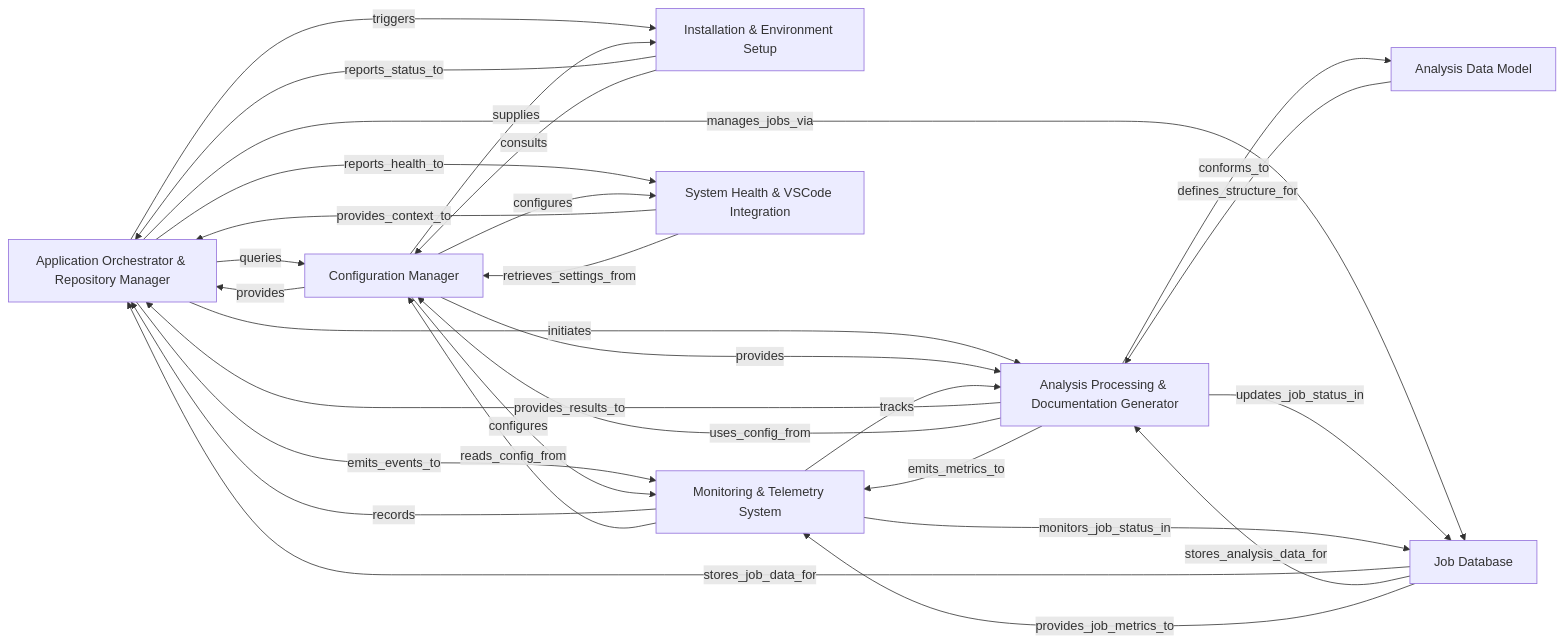
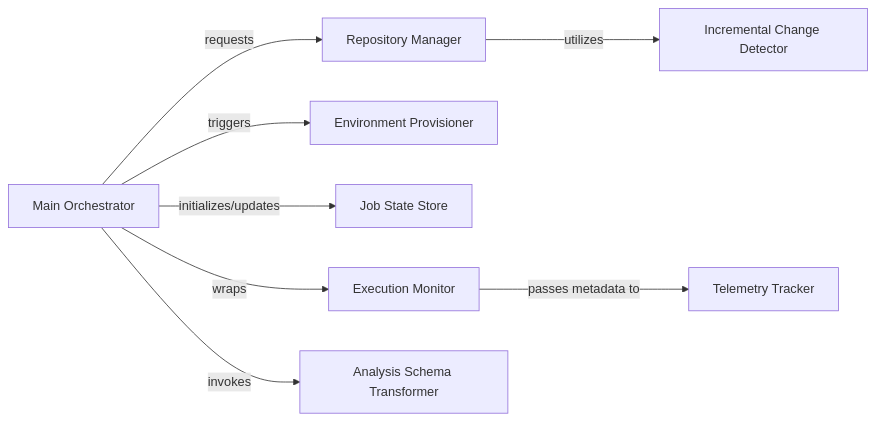
Before and after one commit to CodeBoarding/CodeBoarding: the diagram in .codeboarding/Application_Orchestrator_Repository_Manager.md, drawn with Mermaid. The commit also changed other lines of this file and 6 other files, not shown here.

````diff
--- a/.codeboarding/Application_Orchestrator_Repository_Manager.md
+++ b/.codeboarding/Application_Orchestrator_Repository_Manager.md
@@ -1,39 +1,18 @@
 ```mermaid
 graph LR
-    Application_Orchestrator_Repository_Manager["Application Orchestrator & Repository Manager"]
-    Configuration_Manager["Configuration Manager"]
-    Installation_Environment_Setup["Installation & Environment Setup"]
-    Monitoring_Telemetry_System["Monitoring & Telemetry System"]
-    Analysis_Data_Model["Analysis Data Model"]
-    Analysis_Processing_Documentation_Generator["Analysis Processing & Documentation Generator"]
-    Job_Database["Job Database"]
-    System_Health_VSCode_Integration["System Health & VSCode Integration"]
-    Application_Orchestrator_Repository_Manager -- "queries" --> Configuration_Manager
-    Configuration_Manager -- "provides" --> Application_Orchestrator_Repository_Manager
-    Application_Orchestrator_Repository_Manager -- "triggers" --> Installation_Environment_Setup
-    Installation_Environment_Setup -- "reports_status_to" --> Application_Orchestrator_Repository_Manager
-    Application_Orchestrator_Repository_Manager -- "emits_events_to" --> Monitoring_Telemetry_System
-    Monitoring_Telemetry_System -- "records" --> Application_Orchestrator_Repository_Manager
-    Application_Orchestrator_Repository_Manager -- "initiates" --> Analysis_Processing_Documentation_Generator
-    Analysis_Processing_Documentation_Generator -- "provides_results_to" --> Application_Orchestrator_Repository_Manager
-    Application_Orchestrator_Repository_Manager -- "manages_jobs_via" --> Job_Database
-    Job_Database -- "stores_job_data_for" --> Application_Orchestrator_Repository_Manager
-    Application_Orchestrator_Repository_Manager -- "reports_health_to" --> System_Health_VSCode_Integration
-    System_Health_VSCode_Integration -- "provides_context_to" --> Application_Orchestrator_Repository_Manager
-    Configuration_Manager -- "supplies" --> Installation_Environment_Setup
-    Installation_Environment_Setup -- "consults" --> Configuration_Manager
-    Configuration_Manager -- "configures" --> Monitoring_Telemetry_System
-    Monitoring_Telemetry_System -- "reads_config_from" --> Configuration_Manager
-    Configuration_Manager -- "provides" --> Analysis_Processing_Documentation_Generator
-    Analysis_Processing_Documentation_Generator -- "uses_config_from" --> Configuration_Manager
-    Configuration_Manager -- "configures" --> System_Health_VSCode_Integration
-    System_Health_VSCode_Integration -- "retrieves_settings_from" --> Configuration_Manager
-    Analysis_Processing_Documentation_Generator -- "emits_metrics_to" --> Monitoring_Telemetry_System
-    Monitoring_Telemetry_System -- "tracks" --> Analysis_Processing_Documentation_Generator
-    Analysis_Processing_Documentation_Generator -- "conforms_to" --> Analysis_Data_Model
-    Analysis_Data_Model -- "defines_structure_for" --> Analysis_Processing_Documentation_Generator
-    Analysis_Processing_Documentation_Generator -- "updates_job_status_in" --> Job_Database
-    Job_Database -- "stores_analysis_data_for" --> Analysis_Processing_Documentation_Generator
-    Job_Database -- "provides_job_metrics_to" --> Monitoring_Telemetry_System
-    Monitoring_Telemetry_System -- "monitors_job_status_in" --> Job_Database
+    Main_Orchestrator["Main Orchestrator"]
+    Repository_Manager["Repository Manager"]
+    Incremental_Change_Detector["Incremental Change Detector"]
+    Environment_Provisioner["Environment Provisioner"]
+    Job_State_Store["Job State Store"]
+    Execution_Monitor["Execution Monitor"]
+    Telemetry_Tracker["Telemetry Tracker"]
+    Analysis_Schema_Transformer["Analysis Schema Transformer"]
+    Main_Orchestrator -- "triggers" --> Environment_Provisioner
+    Main_Orchestrator -- "requests" --> Repository_Manager
+    Repository_Manager -- "utilizes" --> Incremental_Change_Detector
+    Main_Orchestrator -- "initializes/updates" --> Job_State_Store
+    Main_Orchestrator -- "wraps" --> Execution_Monitor
+    Execution_Monitor -- "passes metadata to" --> Telemetry_Tracker
+    Main_Orchestrator -- "invokes" --> Analysis_Schema_Transformer
 ```
````
